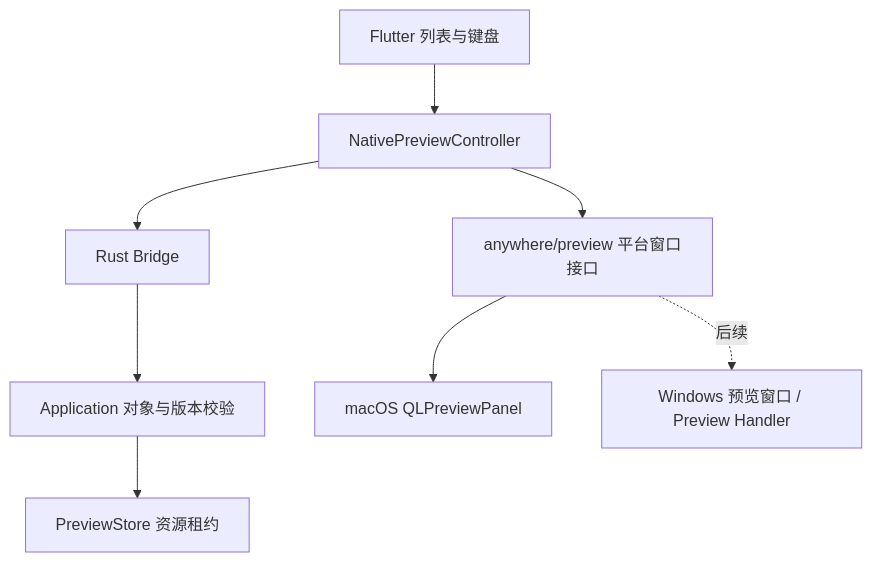
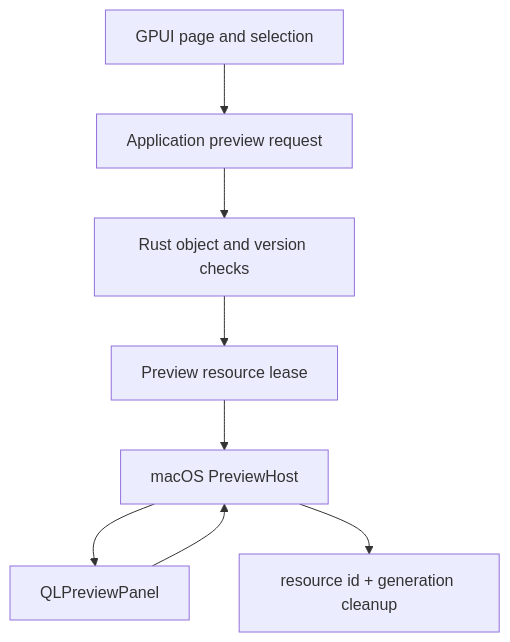
The diagram in docs/native-preview.md (FantasyDream/Anywhere), drawn with Mermaid before and after one commit. The commit also changed other lines of this file and 467 other files, not shown here.

Commit message:
refactor: migrate Anywhere from Flutter to GPUI

````diff
--- a/docs/native-preview.md
+++ b/docs/native-preview.md
@@ -19,10 +27,10 @@
 ```mermaid
 flowchart TD
-  List[Flutter 列表与键盘] --> Controller[NativePreviewController]
-  Controller --> Bridge[Rust Bridge]
-  Bridge --> Authority[Application 对象与版本校验]
-  Authority --> Resources[PreviewStore 资源租约]
-  Controller --> Port[anywhere/preview 平台窗口接口]
-  Port --> Mac[macOS QLPreviewPanel]
-  Port -. 后续 .-> Windows[Windows 预览窗口 / Preview Handler]
+  Page[GPUI page and selection] --> Runtime[Application preview request]
+  Runtime --> Auth[Rust object and version checks]
+  Auth --> Resources[Preview resource lease]
+  Resources --> Host[macOS PreviewHost]
+  Host --> QL[QLPreviewPanel]
+  QL --> Host
+  Host --> Generation[resource id + generation cleanup]
 ```
````
